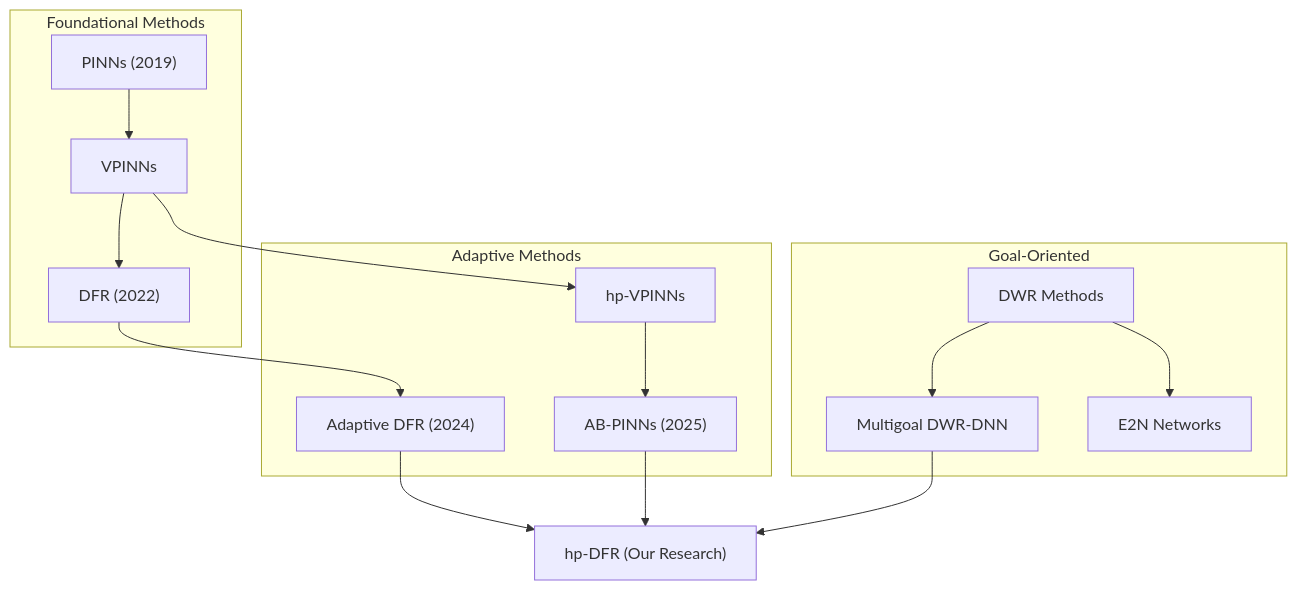
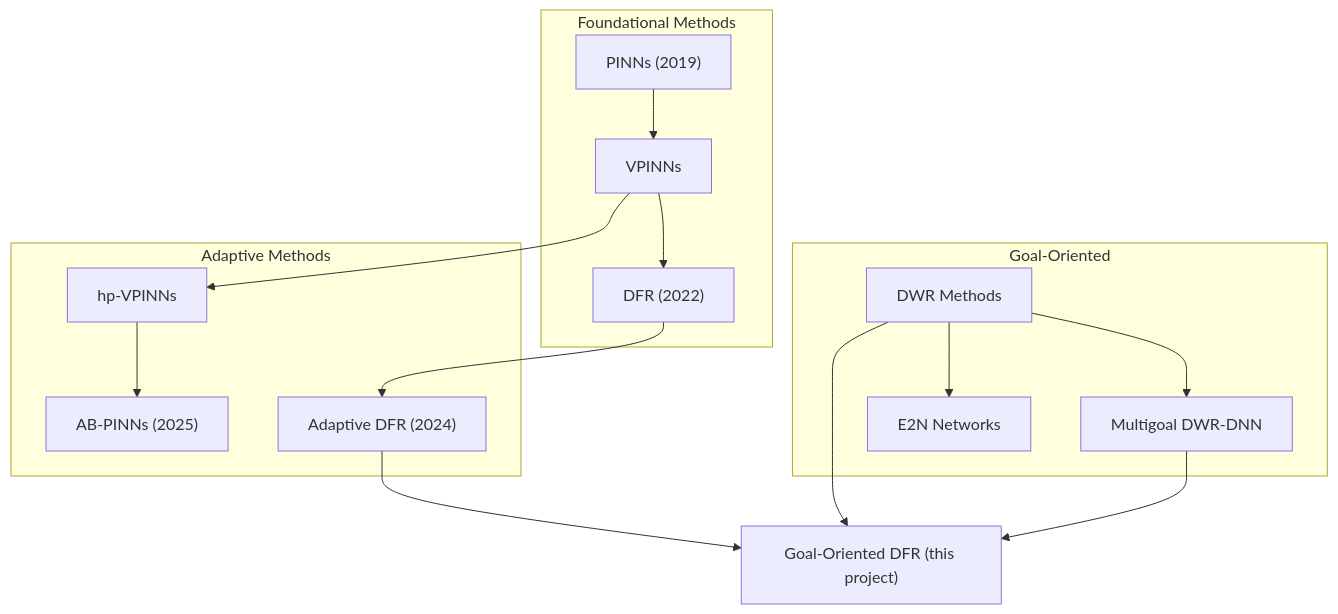
One commit to caverac/hp-dfr changed the diagram in packages/docs/docs/preprint/literature-review.md. Above: the diagram before and after it, drawn with Mermaid. The commit also changed other lines of this file and 36 other files, not shown here.

````diff
--- a/packages/docs/docs/preprint/literature-review.md
+++ b/packages/docs/docs/preprint/literature-review.md
@@ -17,32 +22,32 @@
 ```mermaid
 flowchart TD
     subgraph Foundation["Foundational Methods"]
         PINN["PINNs (2019)"]
         VPINN["VPINNs"]
         DFR["DFR (2022)"]
     end
 
     subgraph Adaptive["Adaptive Methods"]
         HPVPINN["hp-VPINNs"]
         ABPINN["AB-PINNs (2025)"]
         ADFR["Adaptive DFR (2024)"]
     end
 
     subgraph GoalOriented["Goal-Oriented"]
         DWR["DWR Methods"]
         MGDWR["Multigoal DWR-DNN"]
         E2N["E2N Networks"]
     end
 
     PINN --> VPINN
     VPINN --> DFR
     VPINN --> HPVPINN
     DFR --> ADFR
     HPVPINN --> ABPINN
     DWR --> MGDWR
     DWR --> E2N
 
-    ADFR --> OurWork["hp-DFR (Our Research)"]
-    ABPINN --> OurWork
+    ADFR --> OurWork["Goal-Oriented DFR (this project)"]
+    DWR --> OurWork
     MGDWR --> OurWork
 ```
````
